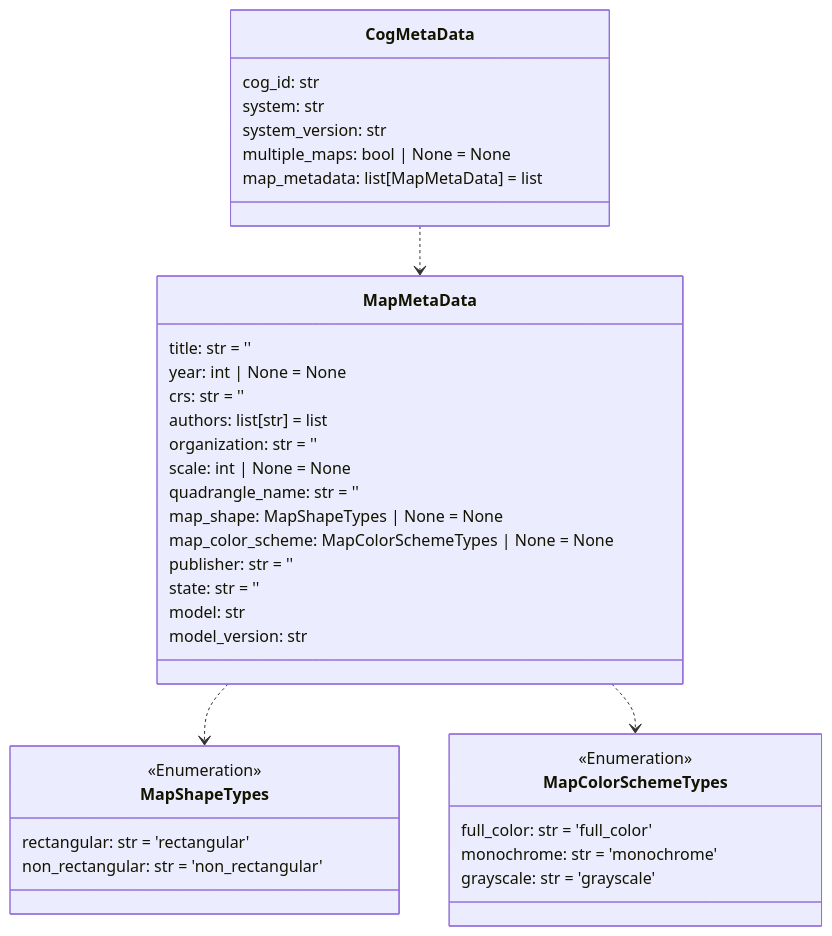
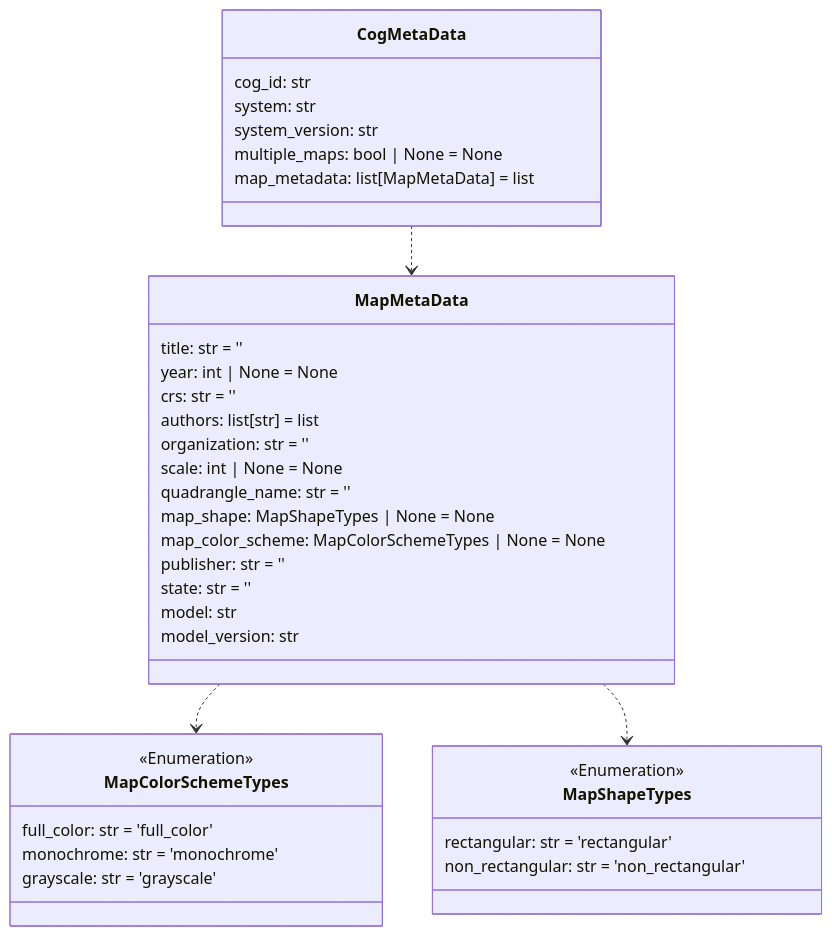
The eighth of 14 diagrams in README.md (DARPA-CRITICALMAAS/cdr_schemas), drawn with Mermaid before and after one commit. The commit also changed other lines of this file and 2 other files, not shown here.

````diff
--- a/README.md
+++ b/README.md
@@ -641,46 +641,46 @@
 ```mermaid
 classDiagram
-
-    class MapShapeTypes {
-        <<Enumeration>>
-        rectangular: str = 'rectangular'
-        non_rectangular: str = 'non_rectangular'
-    }
 
     class MapColorSchemeTypes {
         <<Enumeration>>
         full_color: str = 'full_color'
         monochrome: str = 'monochrome'
         grayscale: str = 'grayscale'
-    }
-
-    class CogMetaData {
-        cog_id: str
-        system: str
-        system_version: str
-        multiple_maps: bool | None = None
-        map_metadata: list[MapMetaData] = list
     }
 
     class MapMetaData {
         title: str = ''
         year: int | None = None
         crs: str = ''
         authors: list[str] = list
         organization: str = ''
         scale: int | None = None
         quadrangle_name: str = ''
         map_shape: MapShapeTypes | None = None
         map_color_scheme: MapColorSchemeTypes | None = None
         publisher: str = ''
         state: str = ''
         model: str
         model_version: str
     }
 
+    class MapShapeTypes {
+        <<Enumeration>>
+        rectangular: str = 'rectangular'
+        non_rectangular: str = 'non_rectangular'
+    }
+
+    class CogMetaData {
+        cog_id: str
+        system: str
+        system_version: str
+        multiple_maps: bool | None = None
+        map_metadata: list[MapMetaData] = list
+    }
+
+    MapMetaData ..> MapColorSchemeTypes
     MapMetaData ..> MapShapeTypes
-    MapMetaData ..> MapColorSchemeTypes
     CogMetaData ..> MapMetaData
 
 
 ```
````
